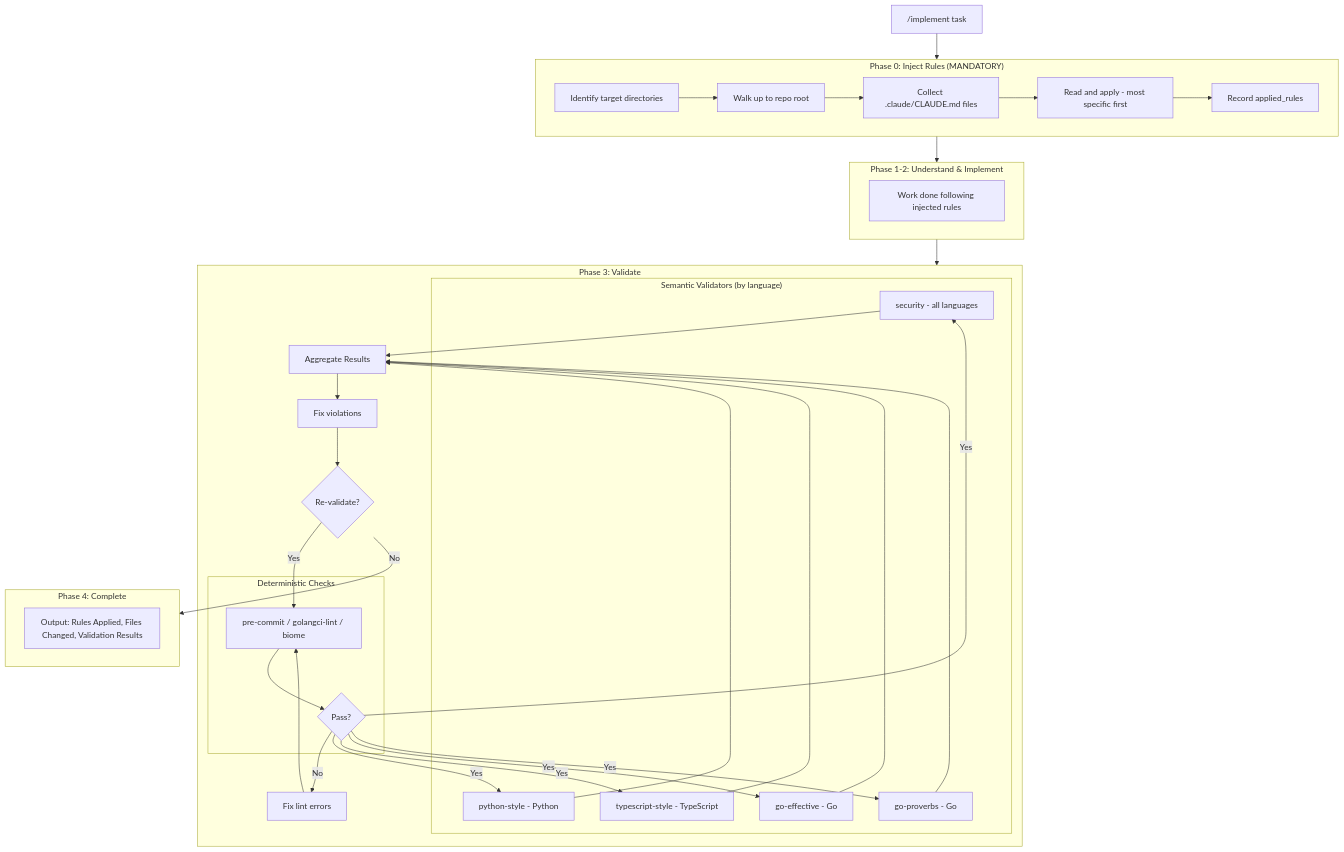
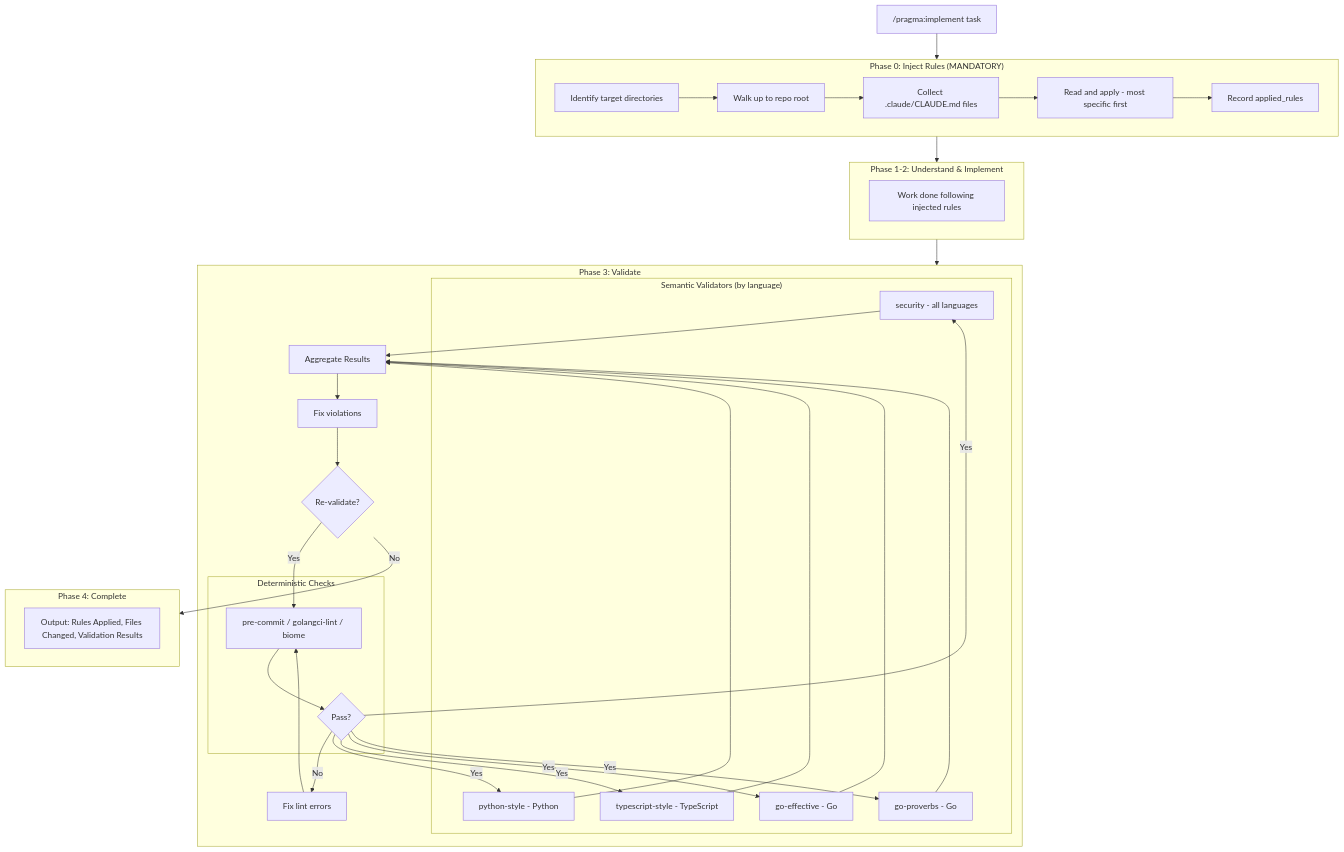
The fourth of 9 diagrams in ARCHITECTURE.md (peteski22/claude-pragma), drawn with Mermaid before and after one commit. The commit also changed other lines of this file and 77 other files, not shown here.

````diff
--- a/ARCHITECTURE.md
+++ b/ARCHITECTURE.md
@@ -273,52 +273,52 @@
 ```mermaid
 flowchart TD
     subgraph Phase0["Phase 0: Inject Rules (MANDATORY)"]
         P0A[Identify target directories]
         P0B[Walk up to repo root]
         P0C[Collect .claude/CLAUDE.md files]
         P0D[Read and apply - most specific first]
         P0E[Record applied_rules]
         P0A --> P0B --> P0C --> P0D --> P0E
     end
 
     subgraph Phase12["Phase 1-2: Understand & Implement"]
         P12[Work done following injected rules]
     end
 
     subgraph Phase3["Phase 3: Validate"]
         subgraph Deterministic["Deterministic Checks"]
             Lint[pre-commit / golangci-lint / biome]
             LintFail{Pass?}
             Lint --> LintFail
         end
 
         subgraph Semantic["Semantic Validators (by language)"]
             SecVal[security - all languages]
             PyVal[python-style - Python]
             TSVal[typescript-style - TypeScript]
             GoEff[go-effective - Go]
             GoProv[go-proverbs - Go]
         end
 
         Agg[Aggregate Results]
         Fix[Fix violations]
         ReVal{Re-validate?}
 
         LintFail -->|No| FixLint[Fix lint errors]
         FixLint --> Lint
         LintFail -->|Yes| SecVal & PyVal & TSVal & GoEff & GoProv
         SecVal & PyVal & TSVal & GoEff & GoProv --> Agg
         Agg --> Fix
         Fix --> ReVal
         ReVal -->|Yes| Lint
     end
 
     subgraph Phase4["Phase 4: Complete"]
         Output[Output: Rules Applied, Files Changed, Validation Results]
     end
 
-    Start["/implement task"] --> Phase0
+    Start["/pragma:implement task"] --> Phase0
     Phase0 --> Phase12
     Phase12 --> Phase3
     ReVal -->|No| Phase4
 ```
````
